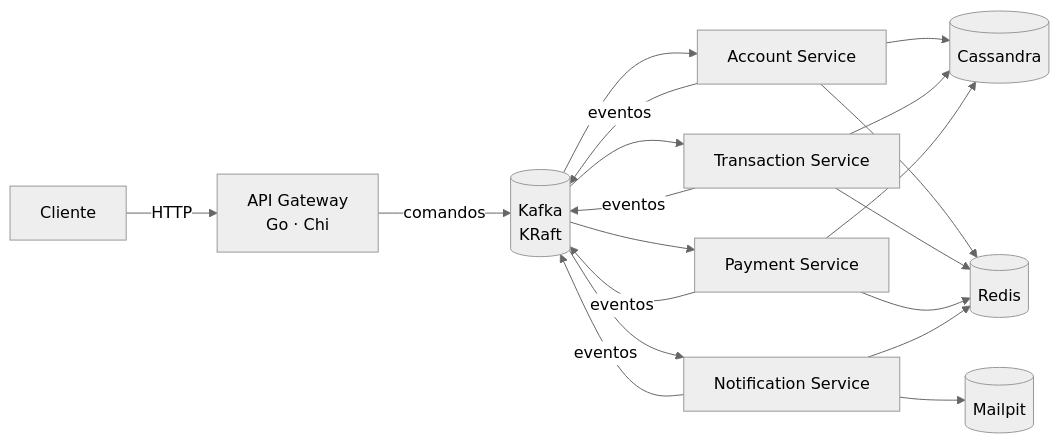
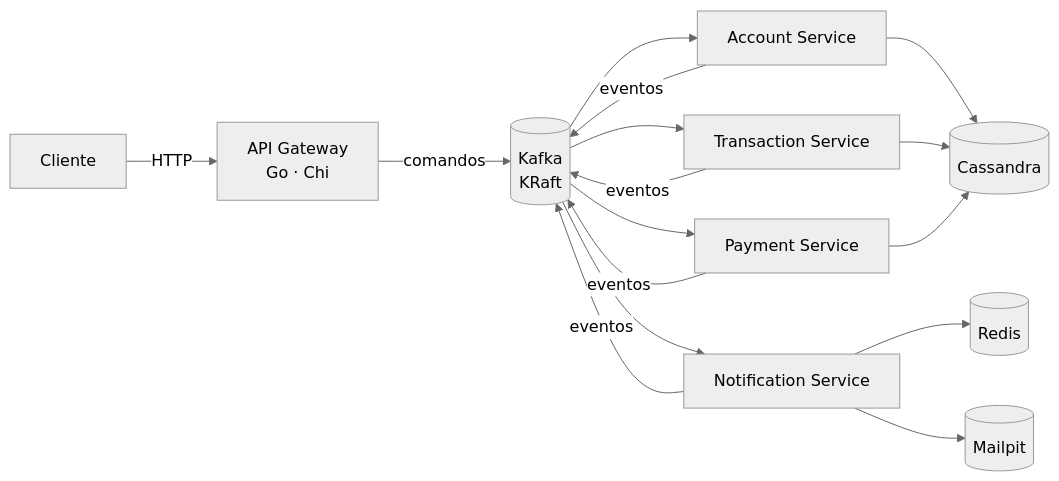
One commit to GabeSilvaDev/fintech-bank-platform changed the diagram in README.pt-BR.md. Above: the diagram before and after it, drawn with Mermaid (neutral theme). The commit also changed other lines of this file and 1 other file, not shown here.

````diff
--- a/README.pt-BR.md
+++ b/README.pt-BR.md
@@ -24,13 +24,13 @@
 ```mermaid
 flowchart LR
     C[Cliente] -->|HTTP| GW[API Gateway<br/>Go · Chi]
     GW -->|comandos| K[(Kafka<br/>KRaft)]
     K --> A[Account Service]
     K --> T[Transaction Service]
     K --> P[Payment Service]
     K --> N[Notification Service]
     A & T & P --> CS[(Cassandra)]
-    A & T & P & N --> R[(Redis)]
+    N --> R[(Redis)]
     N --> MP[(Mailpit)]
     A & T & P & N -->|eventos| K
 ```
````
